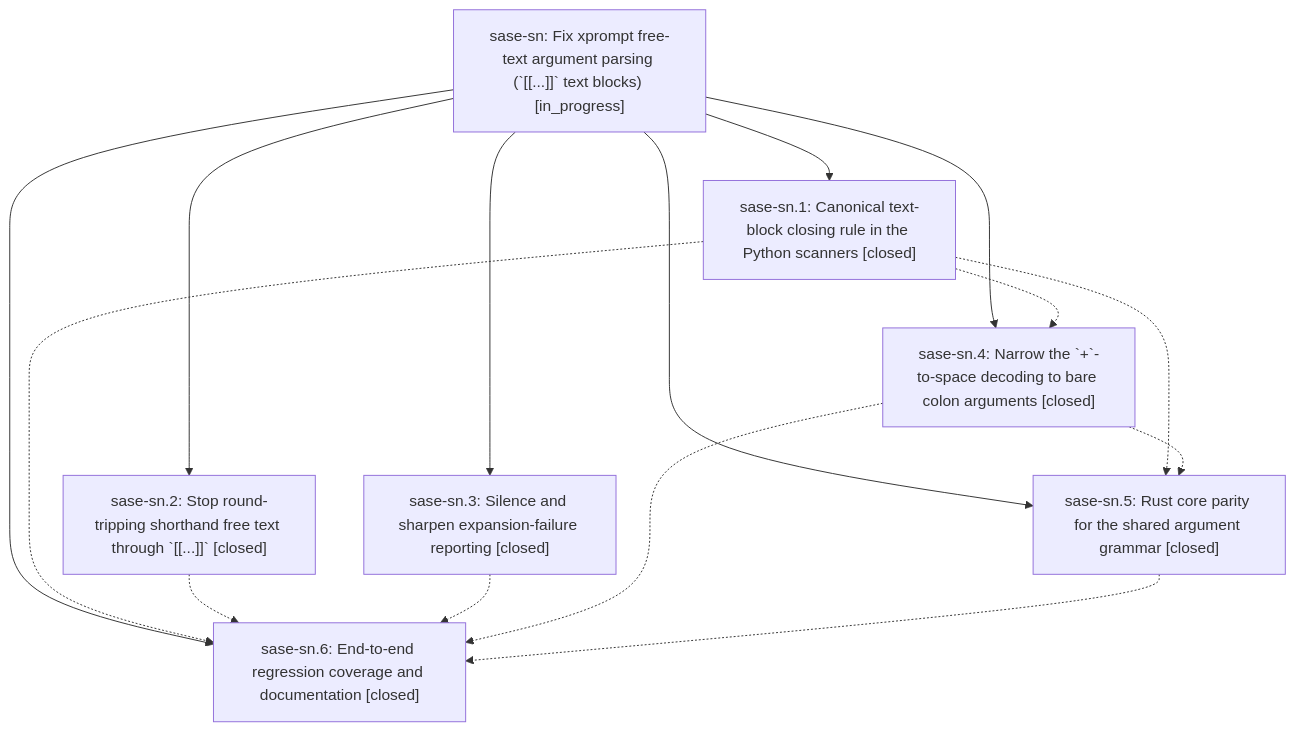
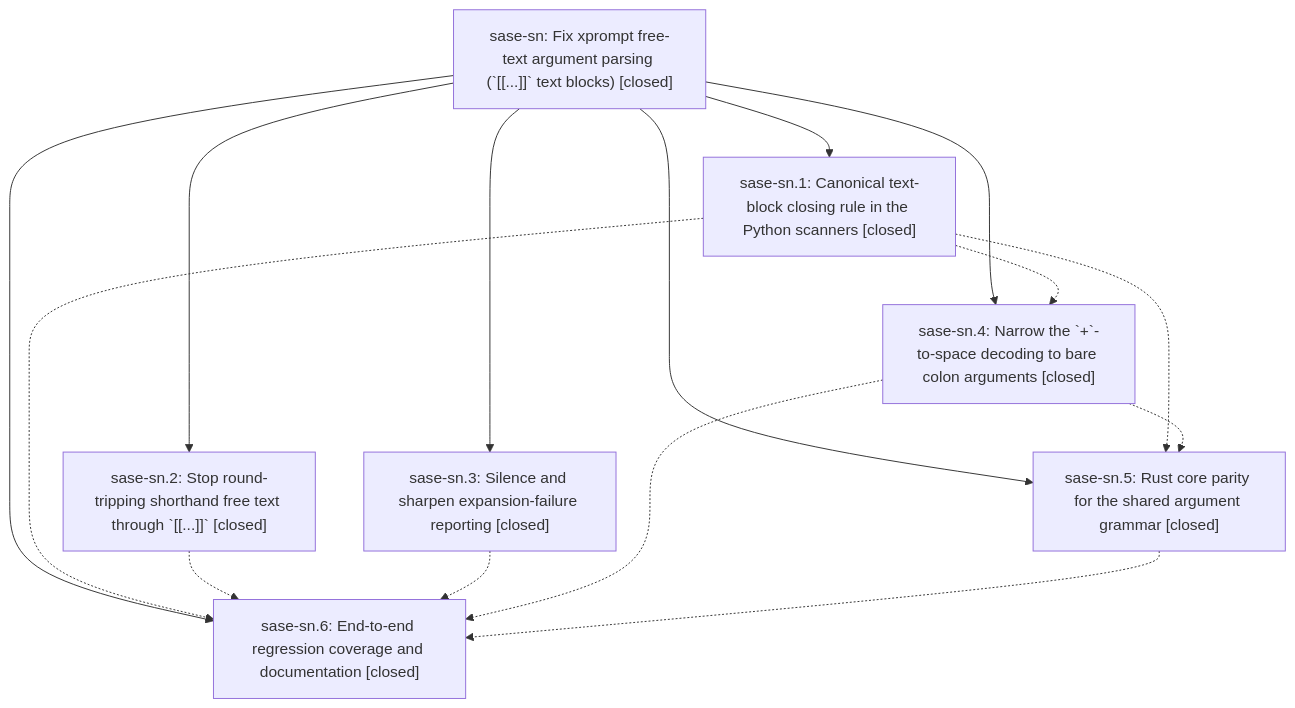
Before and after one commit to sase-org/sase--beads: the diagram in pages/sase-sn/README.md, drawn with Mermaid. The commit also changed other lines of this file, not shown here.

First line of the commit message:
chore(beads): sync bead state and pages for sase-sn

````diff
--- a/pages/sase-sn/README.md
+++ b/pages/sase-sn/README.md
@@ -27,24 +62,24 @@
 ```mermaid
 flowchart TD
-    n0["sase-sn: Fix xprompt free-text argument parsing (`[[...]]` text blocks) [in_progress]"]
+    n0["sase-sn: Fix xprompt free-text argument parsing (`[[...]]` text blocks) [closed]"]
     n1["sase-sn.1: Canonical text-block closing rule in the Python scanners [closed]"]
     n2["sase-sn.2: Stop round-tripping shorthand free text through `[[...]]` [closed]"]
     n3["sase-sn.3: Silence and sharpen expansion-failure reporting [closed]"]
     n4["sase-sn.4: Narrow the `+`-to-space decoding to bare colon arguments [closed]"]
     n5["sase-sn.5: Rust core parity for the shared argument grammar [closed]"]
     n6["sase-sn.6: End-to-end regression coverage and documentation [closed]"]
     n0 --> n1
     n0 --> n2
     n0 --> n3
     n0 --> n4
     n0 --> n5
     n0 --> n6
     n1 -.-> n4
     n1 -.-> n5
     n1 -.-> n6
     n2 -.-> n6
     n3 -.-> n6
     n4 -.-> n5
     n4 -.-> n6
     n5 -.-> n6
 ```
````
